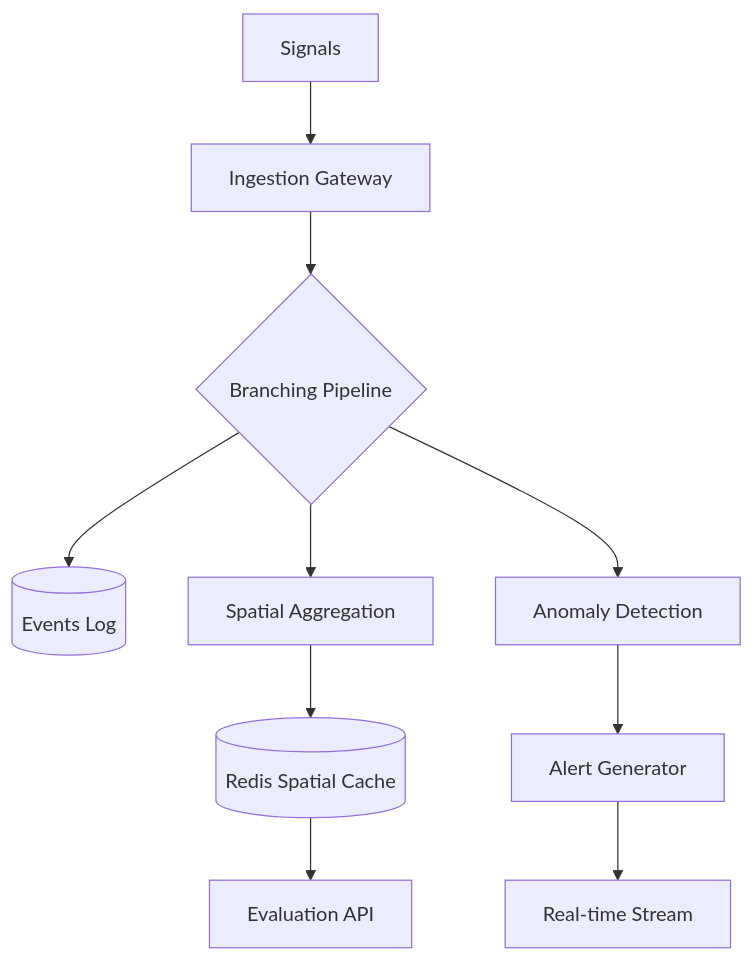
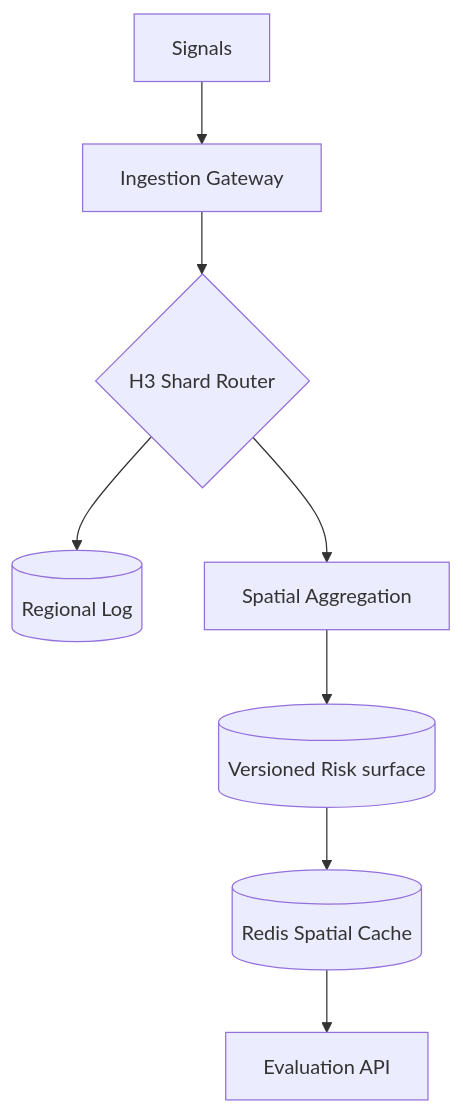
The diagram in docs/architecture/ARCHITECTURE.md (fallofpheonix/UDIE), drawn with Mermaid before and after one commit. The commit also changed other lines of this file and 129 other files, not shown here.

````diff
--- a/docs/architecture/ARCHITECTURE.md
+++ b/docs/architecture/ARCHITECTURE.md
@@ -30,12 +33,10 @@
 ```mermaid
 graph TD
     Signals[Signals] --> Ingestion[Ingestion Gateway]
-    Ingestion --> Bus{Branching Pipeline}
-    Bus --> Log[(Events Log)]
+    Ingestion --> Bus{H3 Shard Router}
+    Bus --> Log[(Regional Log)]
     Bus --> Agg[Spatial Aggregation]
-    Bus --> Anomaly[Anomaly Detection]
-    Agg --> Cache[(Redis Spatial Cache)]
-    Anomaly --> Alerts[Alert Generator]
-    Alerts --> WS[Real-time Stream]
+    Agg --> RiskGrid[(Versioned Risk surface)]
+    RiskGrid --> Cache[(Redis Spatial Cache)]
     Cache --> API[Evaluation API]
 ```
````
